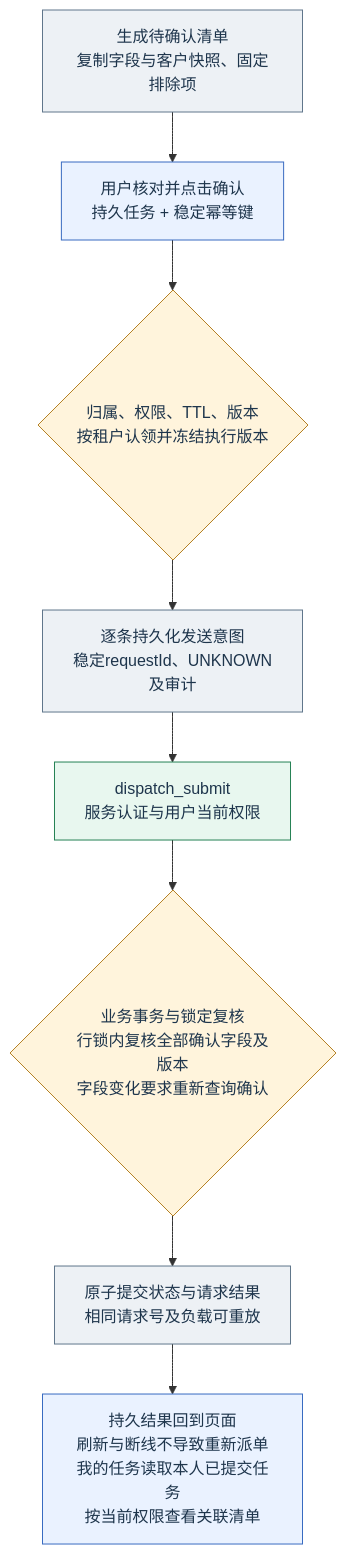
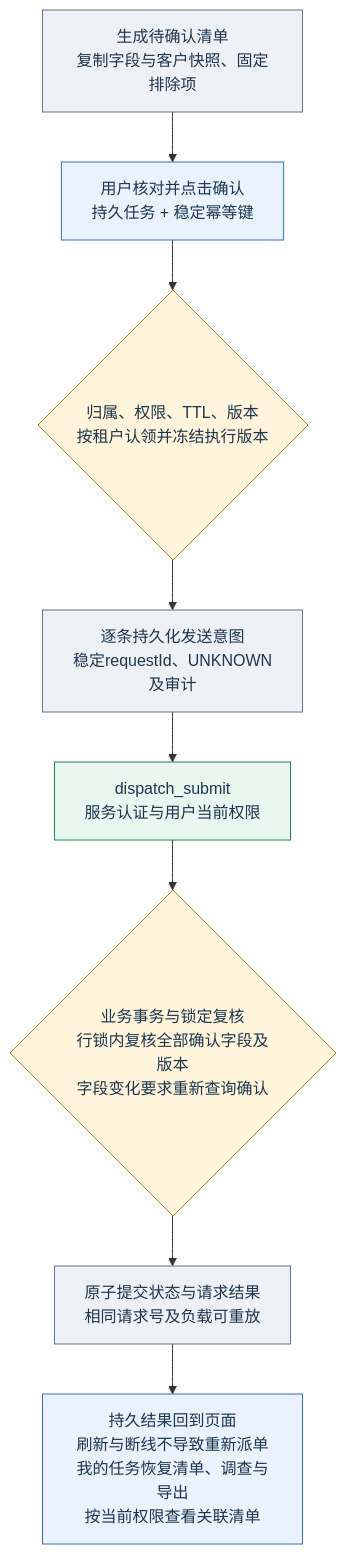
The diagram in docs/diagrams/demo-final/05.mmd (QSZJAVA/agent_demo), drawn with Mermaid before and after one commit. The commit also changed 249 other files, not shown here.

```diff
--- a/docs/diagrams/demo-final/05.mmd
+++ b/docs/diagrams/demo-final/05.mmd
@@ -1,23 +1,23 @@
 flowchart TD
   plan["生成待确认清单<br/>复制字段与客户快照、固定排除项"]:::store
   confirm["用户核对并点击确认<br/>持久任务 + 稳定幂等键"]:::ui
   gate{"归属、权限、TTL、版本<br/>按租户认领并冻结执行版本"}:::guard
   intent["逐条持久化发送意图<br/>稳定requestId、UNKNOWN及审计"]:::store
   mcp["dispatch_submit<br/>服务认证与用户当前权限"]:::business
   lock{"业务事务与锁定复核<br/>行锁内复核全部确认字段及版本<br/>字段变化要求重新查询确认"}:::guard
   write["原子提交状态与请求结果<br/>相同请求号及负载可重放"]:::store
-  result["持久结果回到页面<br/>刷新与断线不导致重新派单<br/>我的任务读取本人已提交任务<br/>按当前权限查看关联清单"]:::ui
+  result["持久结果回到页面<br/>刷新与断线不导致重新派单<br/>我的任务恢复清单、调查与导出<br/>按当前权限查看关联清单"]:::ui
   plan --> confirm
   confirm --> gate
   gate --> intent
   intent --> mcp
   mcp --> lock
   lock --> write
   write --> result
   classDef ui fill:#eaf2ff,stroke:#386bc1,color:#1e354c
   classDef agent fill:#edf5ff,stroke:#3778a8,color:#1e354c
   classDef model fill:#f3edff,stroke:#8751bf,color:#1e354c
   classDef business fill:#e8f7ef,stroke:#268255,color:#1e354c
   classDef guard fill:#fff4dc,stroke:#b58022,color:#1e354c
   classDef error fill:#fff0ef,stroke:#ba534e,color:#1e354c
   classDef store fill:#edf1f5,stroke:#60768b,color:#1e354c
```
